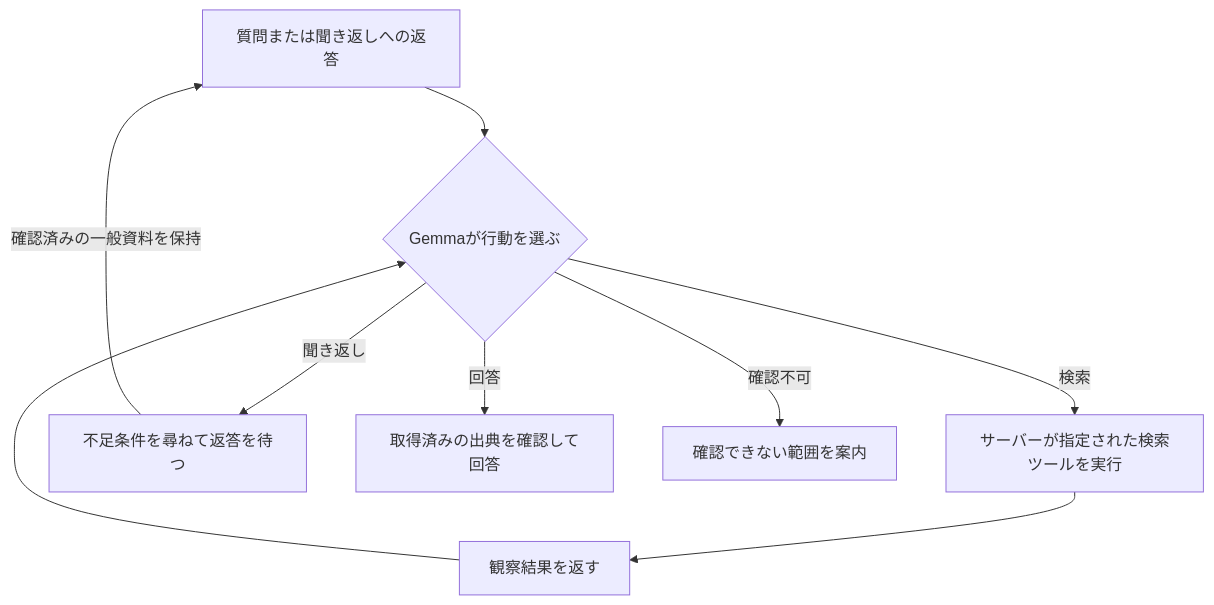
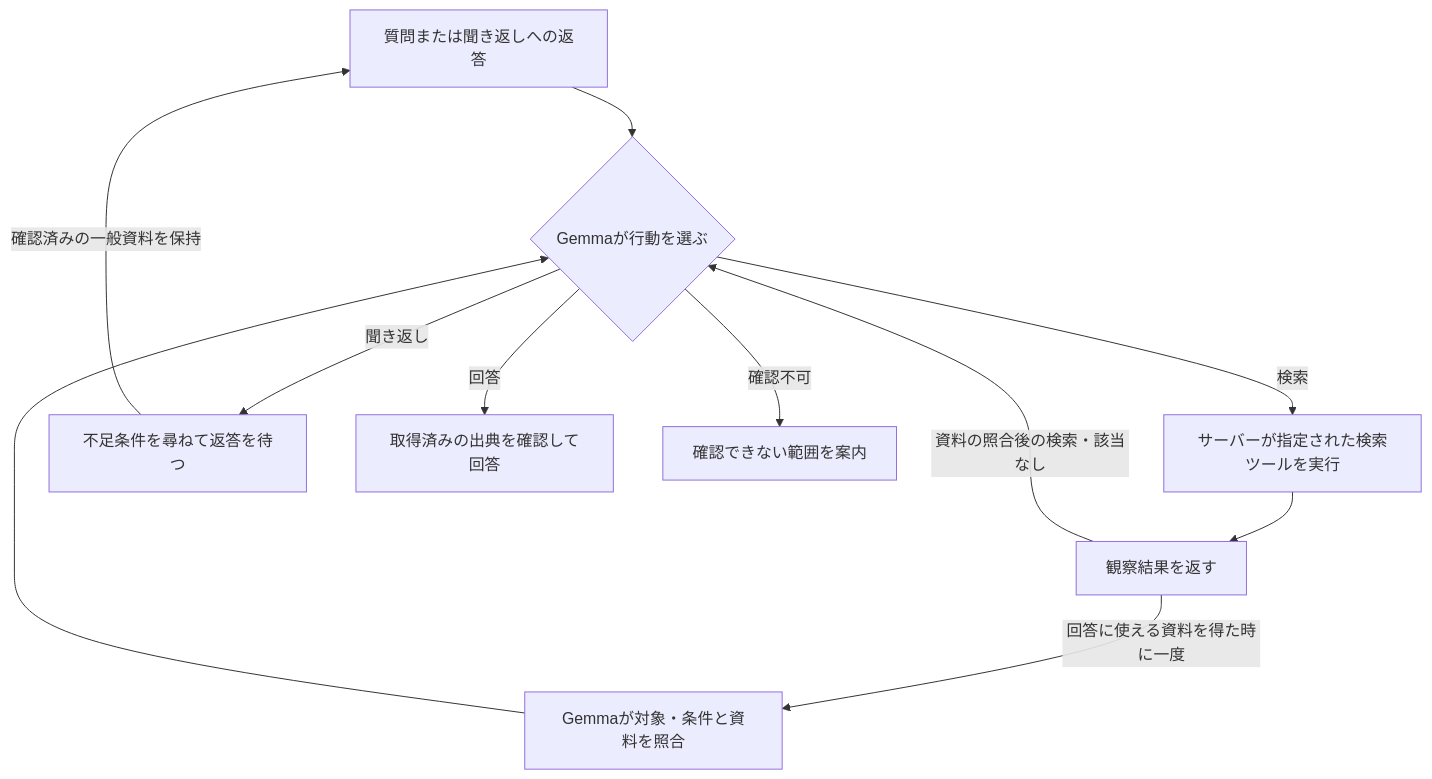
One commit to taku0193/sanriku-signal changed the diagram in docs/agentic-rag-design.md. Above: the diagram before and after it, drawn with Mermaid. The commit also changed other lines of this file and 10 other files, not shown here.

````diff
--- a/docs/agentic-rag-design.md
+++ b/docs/agentic-rag-design.md
@@ -40,11 +40,13 @@
 ```mermaid
 flowchart TD
     A[質問または聞き返しへの返答] --> R{Gemmaが行動を選ぶ}
     R -->|検索| T[サーバーが指定された検索ツールを実行]
     T --> O[観察結果を返す]
-    O --> R
+    O -->|回答に使える資料を得た時に一度| E[Gemmaが対象・条件と資料を照合]
+    O -->|資料の照合後の検索・該当なし| R
+    E --> R
     R -->|聞き返し| C[不足条件を尋ねて返答を待つ]
     C -->|確認済みの一般資料を保持| A
     R -->|回答| D[取得済みの出典を確認して回答]
     R -->|確認不可| G[確認できない範囲を案内]
 ```
````
